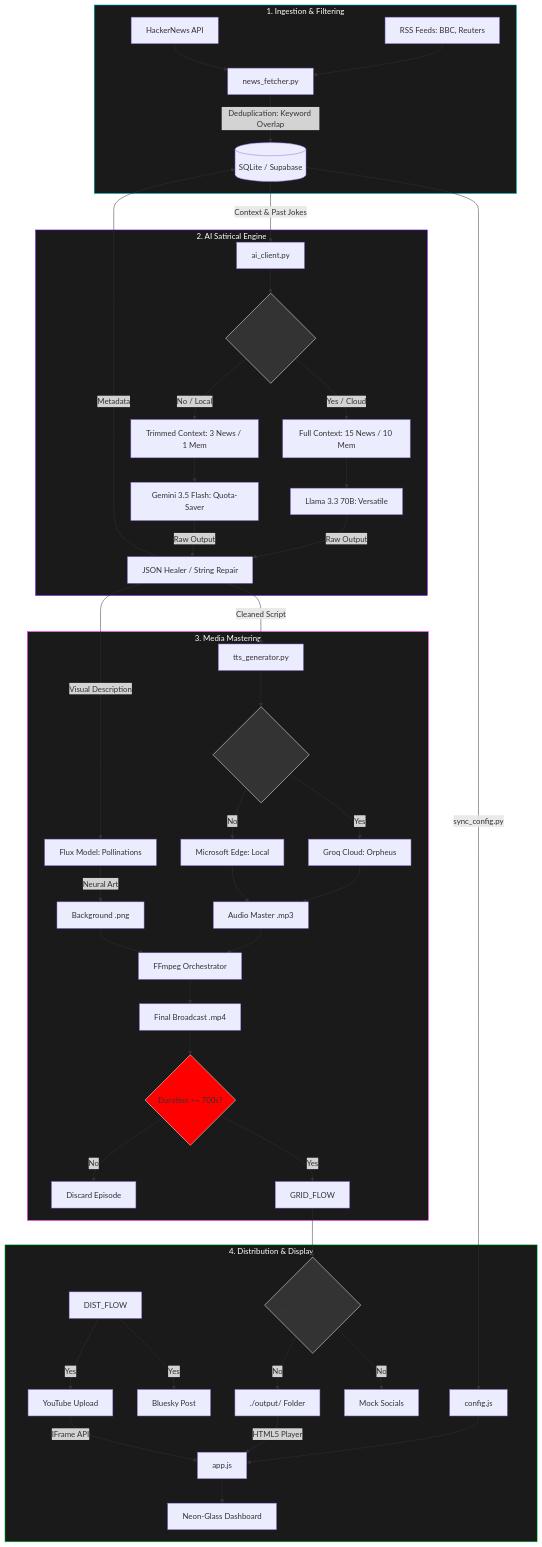
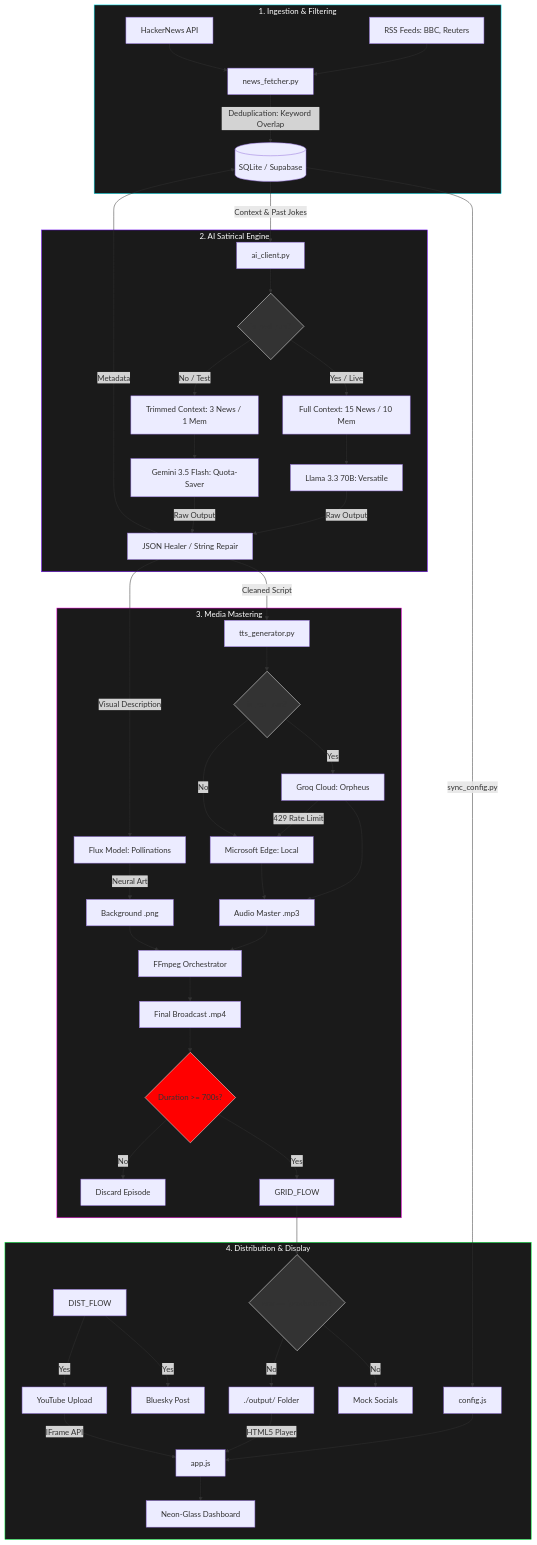
The diagram in specs/ARCHITECTURE.md (mazenemam19/AI-Radio), drawn with Mermaid before and after one commit. The commit also changed 1 other file, not shown here.

Commit message:
feat(core): implement 'Master Switch' (is_real_run) and update architecture diagram

````diff
--- a/specs/ARCHITECTURE.md
+++ b/specs/ARCHITECTURE.md
@@ -5,73 +5,74 @@
 ```mermaid
 graph TD
     %% Data Sources
     subgraph Ingestion [1. Ingestion & Filtering]
         RSS[RSS Feeds: BBC, Reuters] --> NF[news_fetcher.py]
         HN[HackerNews API] --> NF
         NF -->|Deduplication: Keyword Overlap| DB[(SQLite / Supabase)]
     end
+%% AI Core
+subgraph Brain [2. AI Satirical Engine]
+    DB -->|Context & Past Jokes| AC[ai_client.py]
+    AC --> REAL_SWITCH{is_real_run?}
 
-    %% AI Core
-    subgraph Brain [2. AI Satirical Engine]
-        DB -->|Context & Past Jokes| AC[ai_client.py]
-        
-        AC --> CI_CHECK{Is GitHub Actions?}
-        
-        CI_CHECK -->|Yes / Cloud| PROD_LOGIC[Full Context: 15 News / 10 Mem]
-        PROD_LOGIC --> L70[Llama 3.3 70B: Versatile]
-        
-        CI_CHECK -->|No / Local| LOCAL_LOGIC[Trimmed Context: 3 News / 1 Mem]
-        LOCAL_LOGIC --> G35[Gemini 3.5 Flash: Quota-Saver]
-        
-        L70 & G35 -->|Raw Output| HEAL[JSON Healer / String Repair]
-    end
+    REAL_SWITCH -->|Yes / Live| PROD_LOGIC[Full Context: 15 News / 10 Mem]
+    PROD_LOGIC --> L70[Llama 3.3 70B: Versatile]
 
-    %% Media Generation
-    subgraph Mastering [3. Media Mastering]
-        HEAL -->|Cleaned Script| TTS[tts_generator.py]
-        
-        TTS --> TTS_ENV{env == 'production'?}
-        TTS_ENV -->|Yes| GROQ_TTS[Groq Cloud: Orpheus]
-        TTS_ENV -->|No| EDGE_TTS[Microsoft Edge: Local]
+    REAL_SWITCH -->|No / Test| LOCAL_LOGIC[Trimmed Context: 3 News / 1 Mem]
+    LOCAL_LOGIC --> G35[Gemini 3.5 Flash: Quota-Saver]
+
+    L70 & G35 -->|Raw Output| HEAL[JSON Healer / String Repair]
+end
+
+%% Media Generation
+subgraph Mastering [3. Media Mastering]
+    HEAL -->|Cleaned Script| TTS[tts_generator.py]
+    TTS --> TTS_SWITCH{is_real_run?}
+
+    TTS_SWITCH -->|Yes| GROQ_TTS[Groq Cloud: Orpheus]
+    GROQ_TTS -->|429 Rate Limit| EDGE_TTS
+
+    TTS_SWITCH -->|No| EDGE_TTS[Microsoft Edge: Local]
+
         
         GROQ_TTS & EDGE_TTS --> AUD[Audio Master .mp3]
         
         HEAL -->|Visual Description| ART[Flux Model: Pollinations]
         ART -->|Neural Art| IMG[Background .png]
         
         AUD & IMG --> FF[FFmpeg Orchestrator]
         FF --> VIDEO[Final Broadcast .mp4]
         VIDEO --> DUR{Duration >= 700s?}
         DUR -->|No| ABORT[Discard Episode]
         DUR -->|Yes| GRID_FLOW
     end
 
     %% Distribution & Dashboard
     subgraph Grid [4. Distribution & Display]
         GRID_FLOW --> DIST_ENV{env == 'production'?}
         DIST_FLOW -->|Yes| YT[YouTube Upload]
         DIST_FLOW -->|Yes| BKY[Bluesky Post]
         
         DIST_ENV -->|No| LOCAL_OUT[./output/ Folder]
         DIST_ENV -->|No| MOCK[Mock Socials]
         
         HEAL -->|Metadata| DB
         
         DB -->|sync_config.py| CFG[config.js]
         CFG --> APP[app.js]
         
         LOCAL_OUT -->|HTML5 Player| APP
         YT -->|IFrame API| APP
         APP --> UI[Neon-Glass Dashboard]
     end
 
     %% Styling
     style Ingestion fill:#1a1a1a,stroke:#00f2ff,color:#fff
     style Brain fill:#1a1a1a,stroke:#7000ff,color:#fff
     style Mastering fill:#1a1a1a,stroke:#ff00ea,color:#fff
     style Grid fill:#1a1a1a,stroke:#00ff40,color:#fff
-    style CI_CHECK fill:#333,stroke:#fff
-    style TTS_ENV fill:#333,stroke:#fff
+    style REAL_SWITCH fill:#333,stroke:#fff
+    style TTS_SWITCH fill:#333,stroke:#fff
     style DIST_ENV fill:#333,stroke:#fff
     style DUR fill:#ff0000,stroke:#fff
 ```
````
